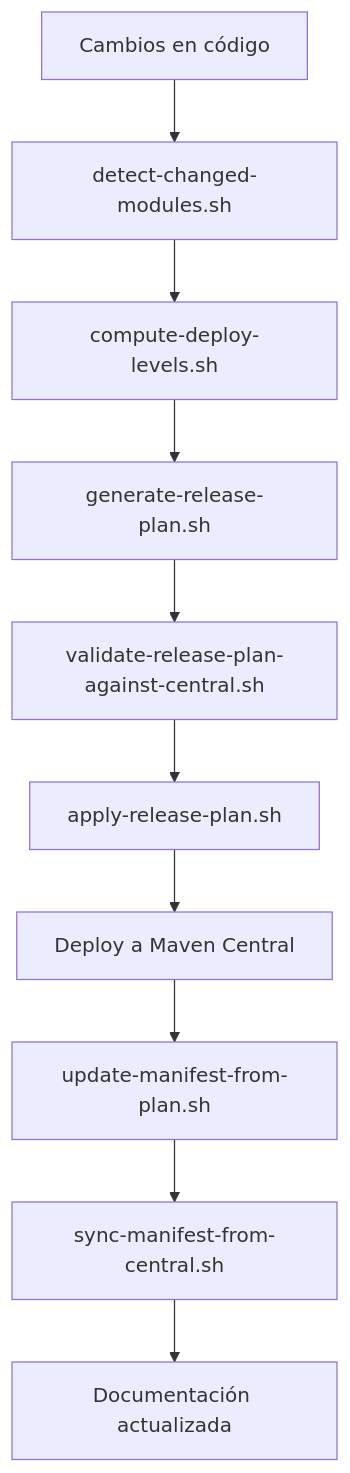
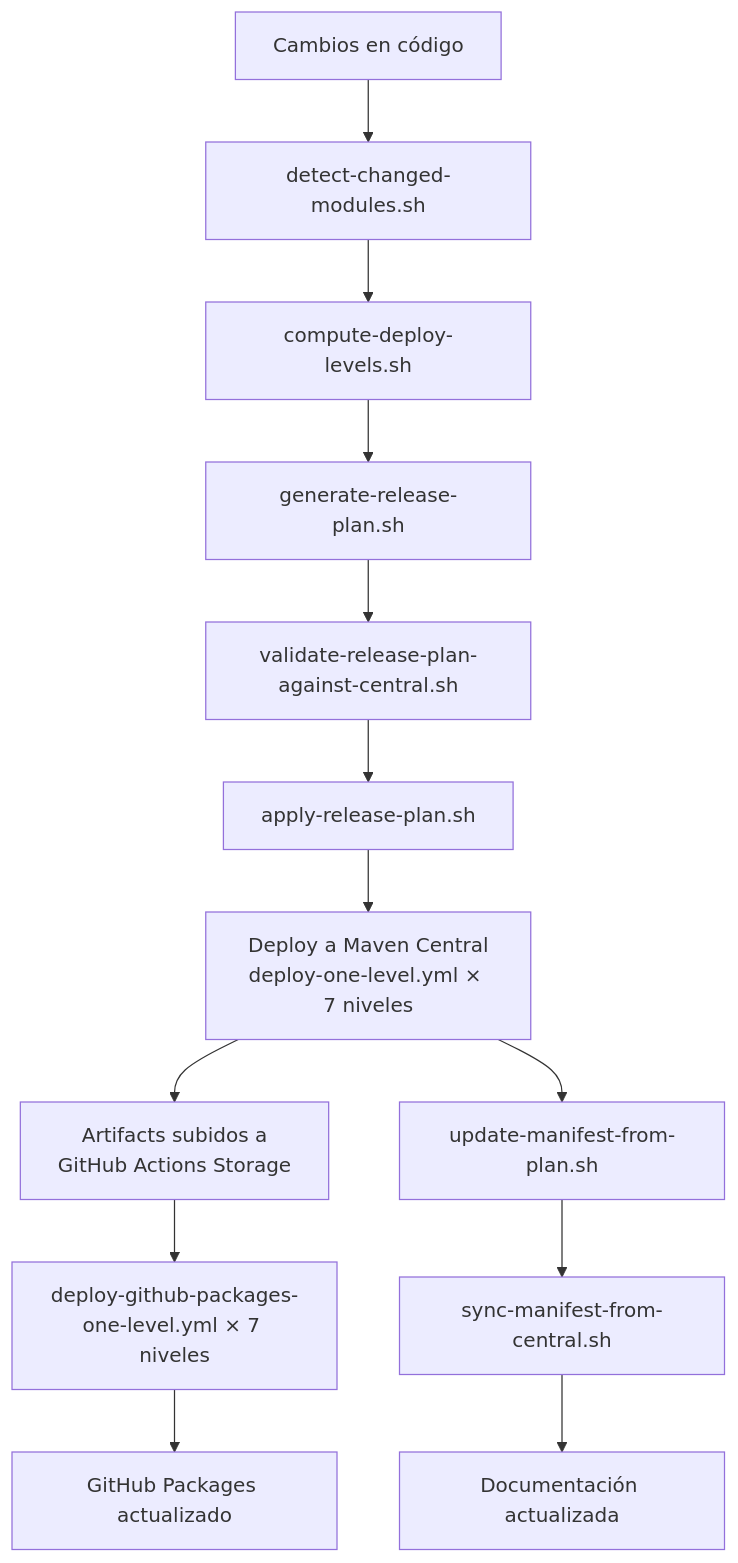
One commit to rafex/ether-deployment-hub changed the diagram in docs/scripts-automation.md. Above: the diagram before and after it, drawn with Mermaid. The commit also changed other lines of this file and 1 other file, not shown here.

````diff
--- a/docs/scripts-automation.md
+++ b/docs/scripts-automation.md
@@ -11,12 +11,15 @@
 ```mermaid
 flowchart TD
     A[Cambios en código] --> B[detect-changed-modules.sh]
     B --> C[compute-deploy-levels.sh]
     C --> D[generate-release-plan.sh]
     D --> E[validate-release-plan-against-central.sh]
     E --> F[apply-release-plan.sh]
-    F --> G[Deploy a Maven Central]
-    G --> H[update-manifest-from-plan.sh]
-    H --> I[sync-manifest-from-central.sh]
-    I --> J[Documentación actualizada]
+    F --> G[Deploy a Maven Central\ndeploy-one-level.yml × 7 niveles]
+    G --> H[Artifacts subidos a\nGitHub Actions Storage]
+    G --> I[update-manifest-from-plan.sh]
+    H --> J[deploy-github-packages-one-level.yml × 7 niveles]
+    J --> K[GitHub Packages actualizado]
+    I --> L[sync-manifest-from-central.sh]
+    L --> M[Documentación actualizada]
 ```
````
